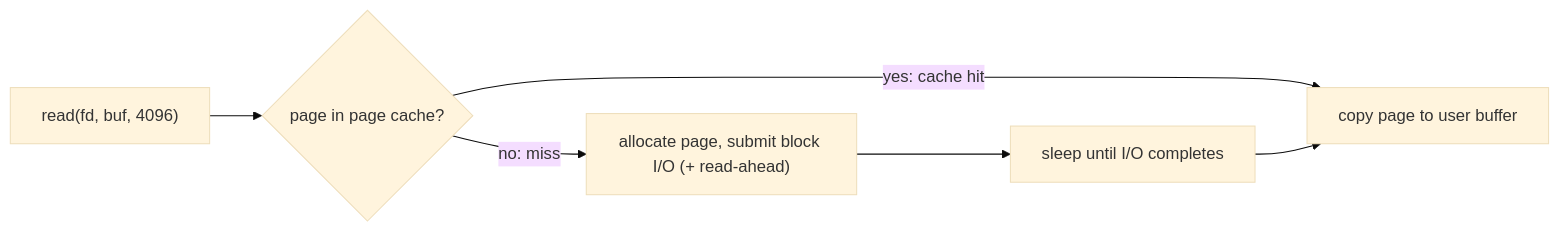
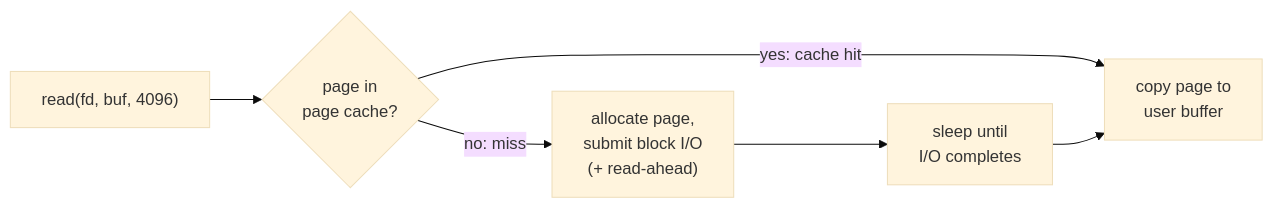
The diagram in content/lessons/os/os-page-cache.md (Siva010/CoreCS), drawn with Mermaid (base theme) before and after one commit. The commit also changed 54 other files, not shown here.

First line of the commit message:
Add diagrams to the database lessons and make them readable

````diff
--- a/content/lessons/os/os-page-cache.md
+++ b/content/lessons/os/os-page-cache.md
@@ -48,8 +48,8 @@
 ```mermaid
 flowchart LR
-    A["read(fd, buf, 4096)"] --> B{"page in page cache?"}
-    B -->|yes: cache hit| C["copy page to user buffer"]
-    B -->|no: miss| D["allocate page, submit block I/O (+ read-ahead)"]
-    D --> E["sleep until I/O completes"]
+    A["read(fd, buf, 4096)"] --> B{"page in<br/>page cache?"}
+    B -->|yes: cache hit| C["copy page to<br/>user buffer"]
+    B -->|no: miss| D["allocate page,<br/>submit block I/O<br/>(+ read-ahead)"]
+    D --> E["sleep until<br/>I/O completes"]
     E --> C
 ```
````
